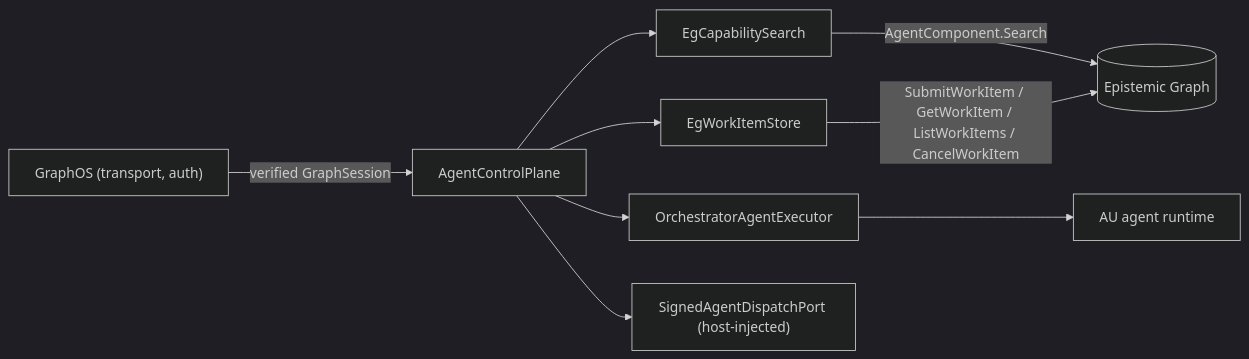
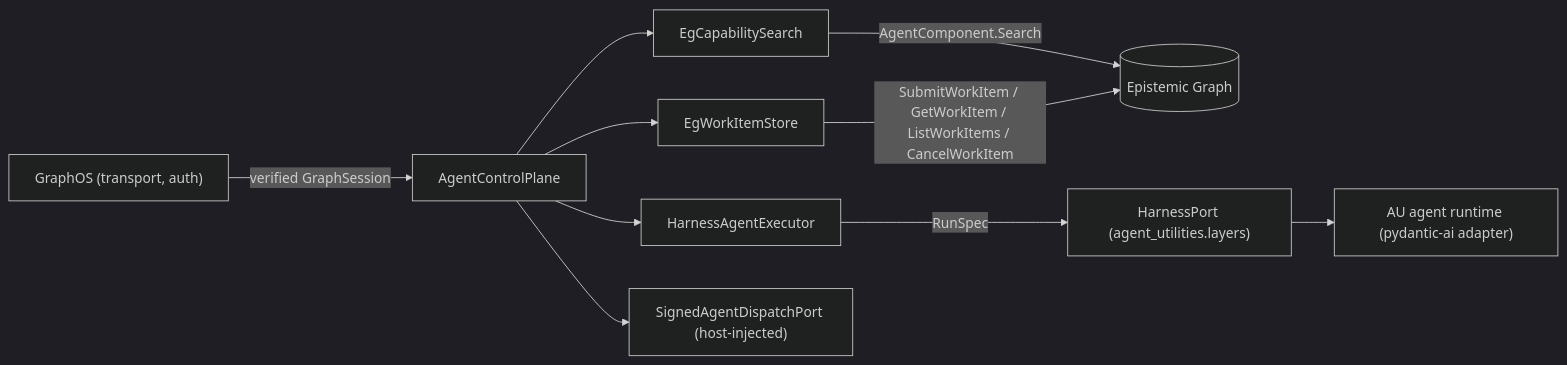
Before and after one commit to Knuckles-Team/agent-utilities: the diagram in docs/architecture/agent-control-plane.md, drawn with Mermaid (dark theme). The commit also changed other lines of this file and 37 other files, not shown here.

First line of the commit message:
feat(layers): L4 HarnessPort/SandboxPort, five harness adapters, conformance kit, L5 writer (RF-029)

````diff
--- a/docs/architecture/agent-control-plane.md
+++ b/docs/architecture/agent-control-plane.md
@@ -8,11 +8,12 @@
 ```mermaid
 flowchart LR
   Host["GraphOS (transport, auth)"] -->|verified GraphSession| Plane["AgentControlPlane"]
   Plane --> Search["EgCapabilitySearch"]
   Plane --> Store["EgWorkItemStore"]
-  Plane --> Exec["OrchestratorAgentExecutor"]
+  Plane --> Exec["HarnessAgentExecutor"]
   Plane --> Dispatch["SignedAgentDispatchPort (host-injected)"]
   Search -->|AgentComponent.Search| EG[(Epistemic Graph)]
   Store -->|SubmitWorkItem / GetWorkItem / ListWorkItems / CancelWorkItem| EG
-  Exec --> Runtime["AU agent runtime"]
+  Exec -->|RunSpec| Harness["HarnessPort (agent_utilities.layers)"]
+  Harness --> Runtime["AU agent runtime (pydantic-ai adapter)"]
 ```
````
